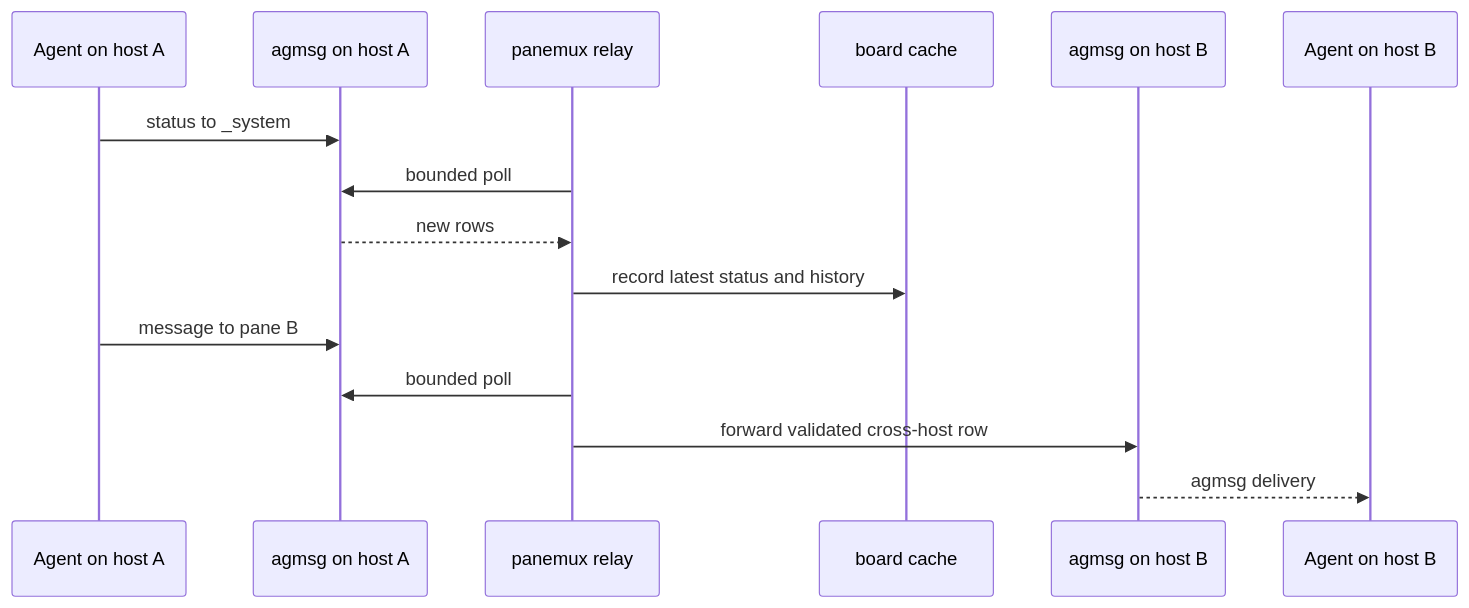
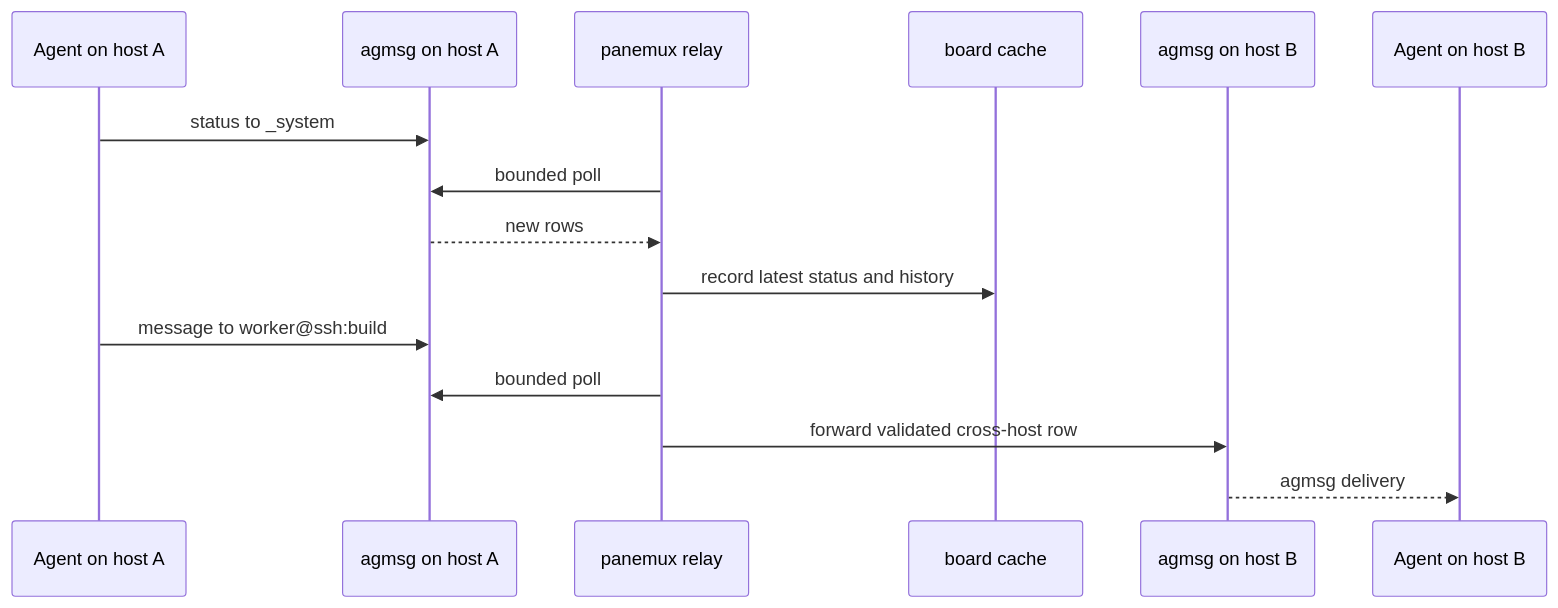
One commit to tomo-chan/panemux changed the diagram in docs/agent-board/message-flow.md. Above: the diagram before and after it, drawn with Mermaid. The commit also changed other lines of this file and 29 other files, not shown here.

````diff
--- a/docs/agent-board/message-flow.md
+++ b/docs/agent-board/message-flow.md
@@ -32,19 +32,19 @@
 ```mermaid
 sequenceDiagram
     participant AgentA as Agent on host A
     participant AgmsgA as agmsg on host A
     participant Relay as panemux relay
     participant Cache as board cache
     participant AgmsgB as agmsg on host B
     participant AgentB as Agent on host B
 
     AgentA->>AgmsgA: status to _system
     Relay->>AgmsgA: bounded poll
     AgmsgA-->>Relay: new rows
     Relay->>Cache: record latest status and history
 
-    AgentA->>AgmsgA: message to pane B
+    AgentA->>AgmsgA: message to worker@ssh:build
     Relay->>AgmsgA: bounded poll
     Relay->>AgmsgB: forward validated cross-host row
     AgmsgB-->>AgentB: agmsg delivery
 ```
````
